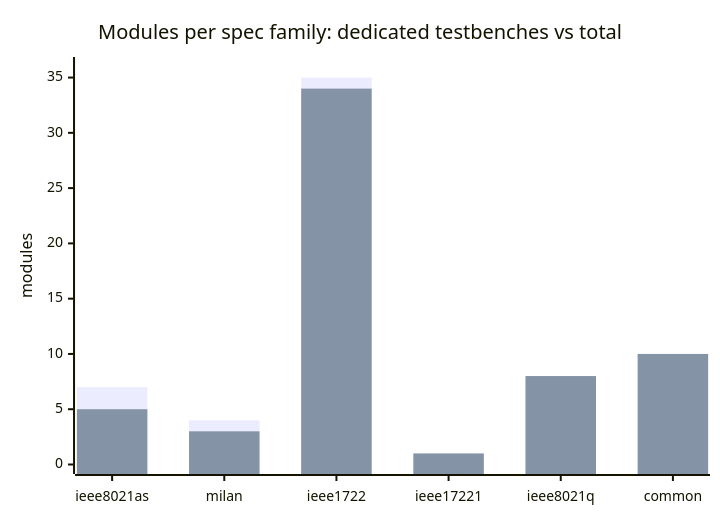
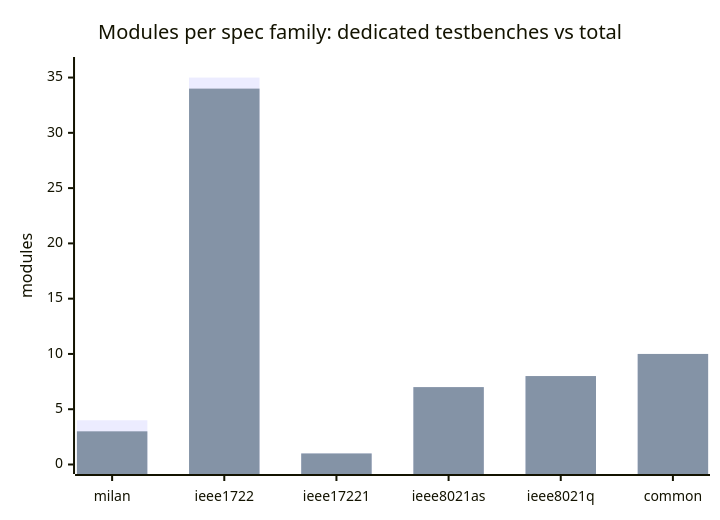
The diagram in docs/traceability/MODULE_MATRIX.md (kebag-logic/milan-fpga), drawn with Mermaid before and after one commit. The commit also changed other lines of this file and 12 other files, not shown here.

````diff
--- a/docs/traceability/MODULE_MATRIX.md
+++ b/docs/traceability/MODULE_MATRIX.md
@@ -30,8 +30,8 @@
 ```mermaid
 xychart-beta
     title "Modules per spec family: dedicated testbenches vs total"
-    x-axis ["ieee8021as", "milan", "ieee1722", "ieee17221", "ieee8021q", "common"]
+    x-axis ["milan", "ieee1722", "ieee17221", "ieee8021as", "ieee8021q", "common"]
     y-axis "modules" 0 --> 36
-    bar [7, 4, 35, 1, 8, 10]
-    bar [5, 3, 34, 1, 8, 10]
+    bar [4, 35, 1, 7, 8, 10]
+    bar [3, 34, 1, 7, 8, 10]
 ```
````
